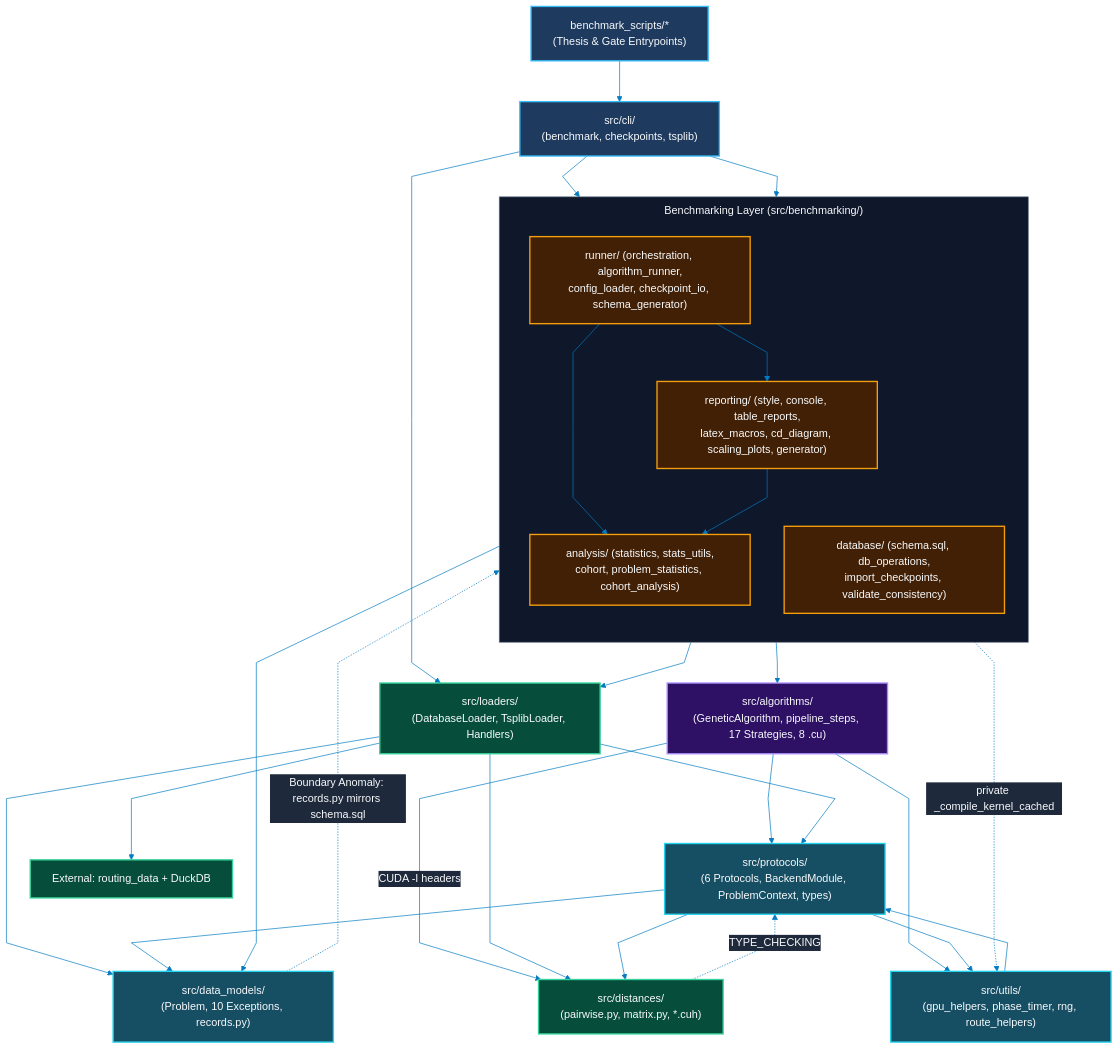
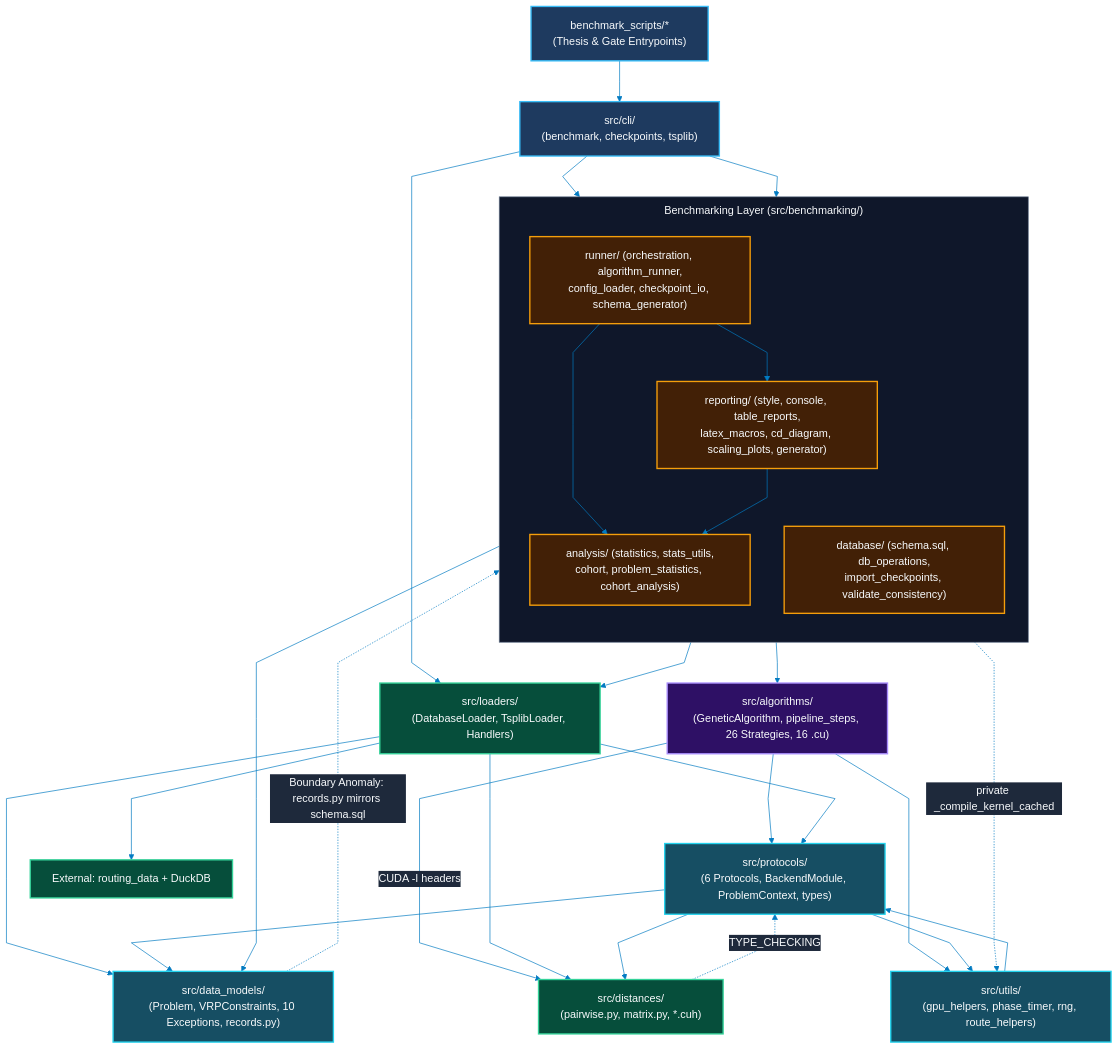
The first of 4 diagrams in documentation/guide-project-architecture-blueprint.md (lucasgaldinos/tsp_gpu_clean), drawn with Mermaid before and after one commit. The commit also changed other lines of this file and 19 other files, not shown here.

First line of the commit message:
docs(vrp,plans,bib): document CVRP GPU architecture, Deb/Vargha-Delaney citations, and Phase 17 plans

````diff
--- a/documentation/guide-project-architecture-blueprint.md
+++ b/documentation/guide-project-architecture-blueprint.md
@@ -97,80 +108,80 @@
 ```mermaid
 ---
 config:
   theme: base
   themeVariables:
     darkMode: true
     background: "#0F172A"
     mainBkg: "#1E293B"
     primaryColor: "#1E293B"
     primaryTextColor: "#F8FAFC"
     primaryBorderColor: "#38BDF8"
     secondaryColor: "#1E3A5F"
     secondaryTextColor: "#F8FAFC"
     secondaryBorderColor: "#60A5FA"
     tertiaryColor: "#172554"
     tertiaryTextColor: "#F8FAFC"
     tertiaryBorderColor: "#818CF8"
     lineColor: "#027BC2"
     edgeLabelBackground: "#1E293B"
     textColor: "#F8FAFC"
     nodeTextColor: "#F8FAFC"
     clusterBkg: "#0F172A"
     clusterBorder: "#64748B"
     titleColor: "#F8FAFC"
   flowchart:
     nodeSpacing: 50
     rankSpacing: 60
     padding: 16
     wrappingWidth: 260
     curve: "linear"
     subGraphTitleMargin:
       top: 8
       bottom: 8
 ---
 flowchart TD
     classDef entry fill:#1E3A5F,stroke:#38BDF8,color:#F8FAFC,stroke-width:2px;
     classDef bench fill:#422006,stroke:#F59E0B,color:#F8FAFC,stroke-width:2px;
     classDef solver fill:#2E1065,stroke:#A78BFA,color:#F8FAFC,stroke-width:2px;
     classDef data fill:#064E3B,stroke:#34D399,color:#F8FAFC,stroke-width:2px;
     classDef found fill:#164E63,stroke:#22D3EE,color:#F8FAFC,stroke-width:2px;
     classDef anom fill:#4C0519,stroke:#FB7185,color:#F8FAFC,stroke-width:2px;
 
     SCRIPTS["benchmark_scripts/*<br/>(Thesis & Gate Entrypoints)"]:::entry --> CLI["src/cli/<br/>(benchmark, checkpoints, tsplib)"]:::entry
 
     subgraph BENCH["Benchmarking Layer (src/benchmarking/)"]
         direction TB
         ORCH["runner/ (orchestration, algorithm_runner,<br/>config_loader, checkpoint_io, schema_generator)"]:::bench
         ANAL["analysis/ (statistics, stats_utils,<br/>cohort, problem_statistics, cohort_analysis)"]:::bench
         REPT["reporting/ (style, console, table_reports,<br/>latex_macros, cd_diagram, scaling_plots, generator)"]:::bench
         DB["database/ (schema.sql, db_operations,<br/>import_checkpoints, validate_consistency)"]:::bench
         ORCH --> ANAL
         ORCH --> REPT
         REPT --> ANAL
     end
 
     CLI --> ORCH
     CLI --> DB
     CLI --> LOAD["src/loaders/<br/>(DatabaseLoader, TsplibLoader, Handlers)"]:::data
 
-    ORCH --> ALG["src/algorithms/<br/>(GeneticAlgorithm, pipeline_steps, 17 Strategies, 8 .cu)"]:::solver
+    ORCH --> ALG["src/algorithms/<br/>(GeneticAlgorithm, pipeline_steps, 26 Strategies, 16 .cu)"]:::solver
     ORCH --> LOAD
     ORCH -. "private _compile_kernel_cached" .-> UTIL["src/utils/<br/>(gpu_helpers, phase_timer, rng, route_helpers)"]:::found
-    DB --> DM["src/data_models/<br/>(Problem, 10 Exceptions, records.py)"]:::found
+    DB --> DM["src/data_models/<br/>(Problem, VRPConstraints, 10 Exceptions, records.py)"]:::found
 
     ALG --> PROTO["src/protocols/<br/>(6 Protocols, BackendModule, ProblemContext, types)"]:::found
     ALG --> UTIL
     ALG -- "CUDA -I headers" --> DIST["src/distances/<br/>(pairwise.py, matrix.py, *.cuh)"]:::data
 
     LOAD --> DM
     LOAD --> DIST
     LOAD --> PROTO
     LOAD --> RDATA["External: routing_data + DuckDB"]:::data
 
     PROTO --> DM
     PROTO --> DIST
     PROTO --> UTIL
     UTIL --> PROTO
     DIST -. "TYPE_CHECKING" .-> PROTO
     DM -. "Boundary Anomaly: records.py mirrors schema.sql" .-> DB
 ```
````
